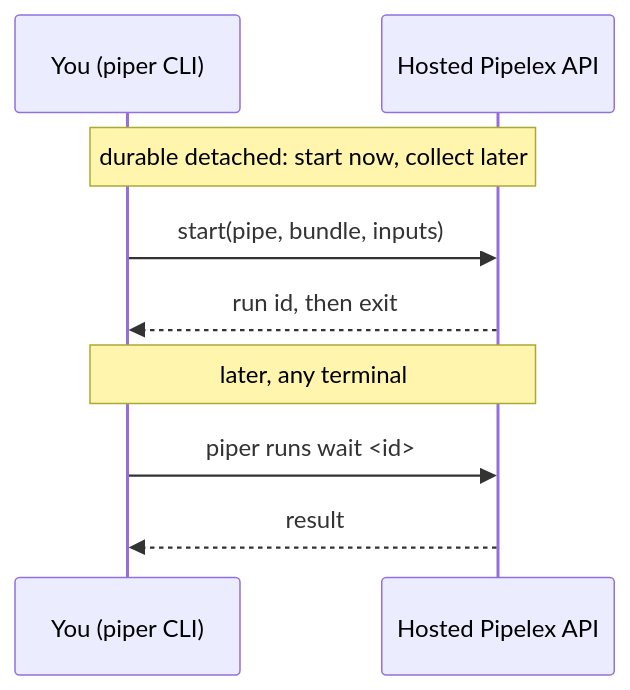
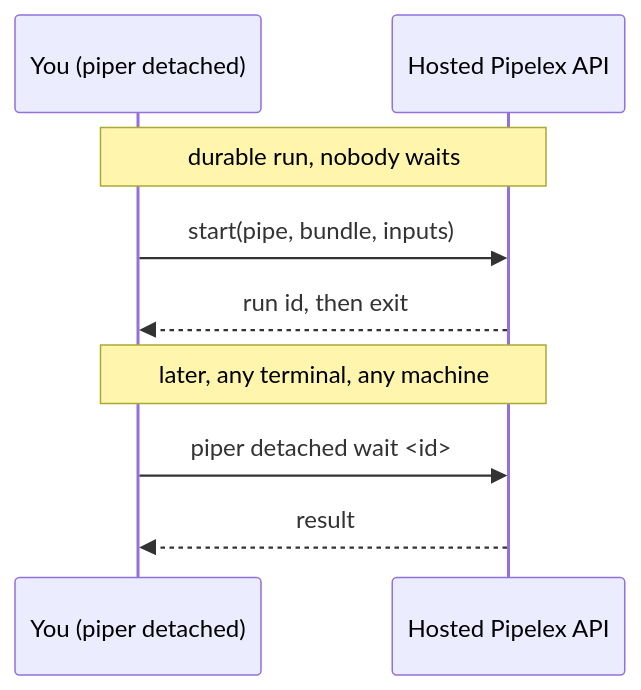
Before and after one commit to Pipelex/pipelex-starter-python: the fifth of 5 diagrams in README.md, drawn with Mermaid. The commit also changed other lines of this file and 53 other files, not shown here.

First line of the commit message:
Codegen: typed clients, restructured CLI modes, detached durable runs (#62)

````diff
--- a/README.md
+++ b/README.md
@@ -207,11 +241,11 @@
 ```mermaid
 sequenceDiagram
-    participant U as You (piper CLI)
+    participant U as You (piper detached)
     participant API as Hosted Pipelex API
-    Note over U,API: durable detached: start now, collect later
+    Note over U,API: durable run, nobody waits
     U->>API: start(pipe, bundle, inputs)
     API-->>U: run id, then exit
-    Note over U,API: later, any terminal
-    U->>API: piper runs wait <id>
+    Note over U,API: later, any terminal, any machine
+    U->>API: piper detached wait <id>
     API-->>U: result
 ```
````
